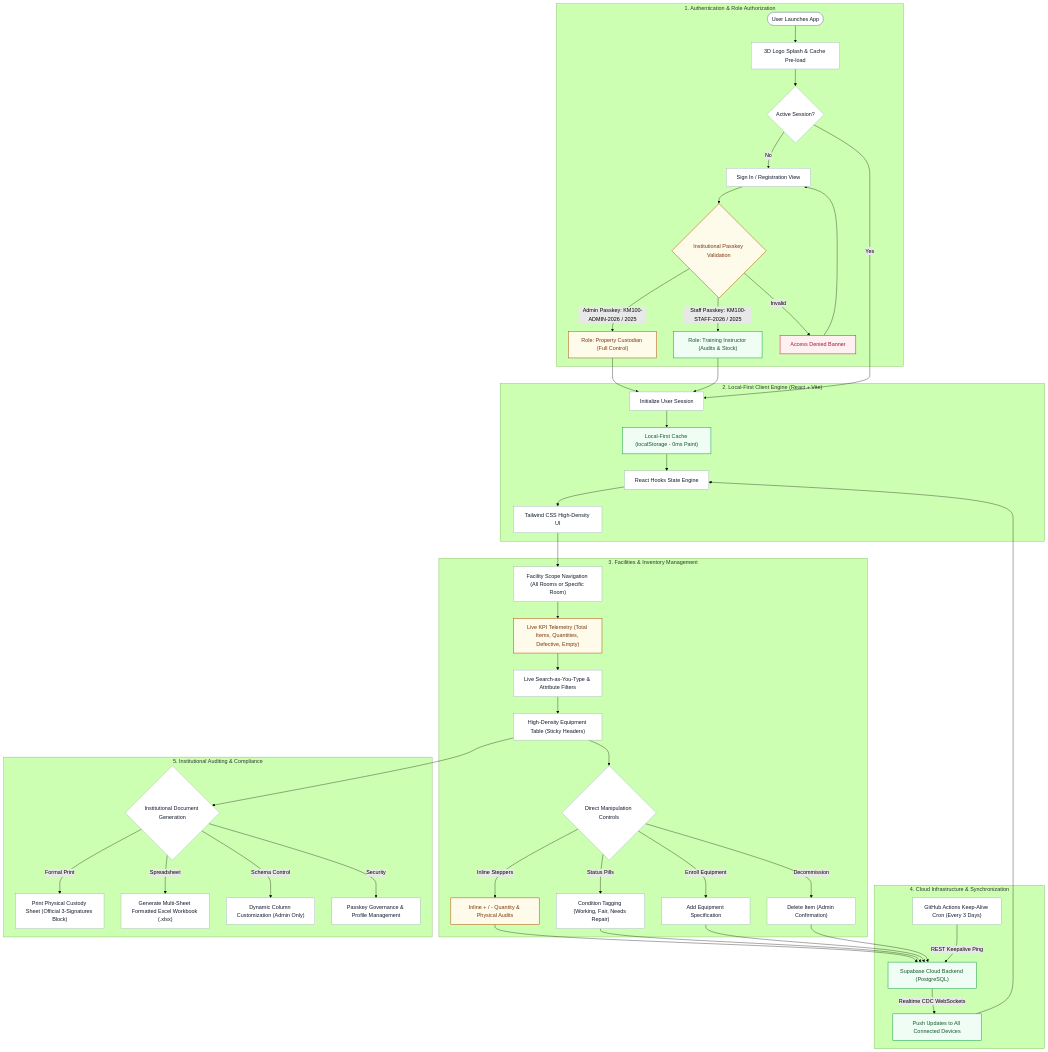
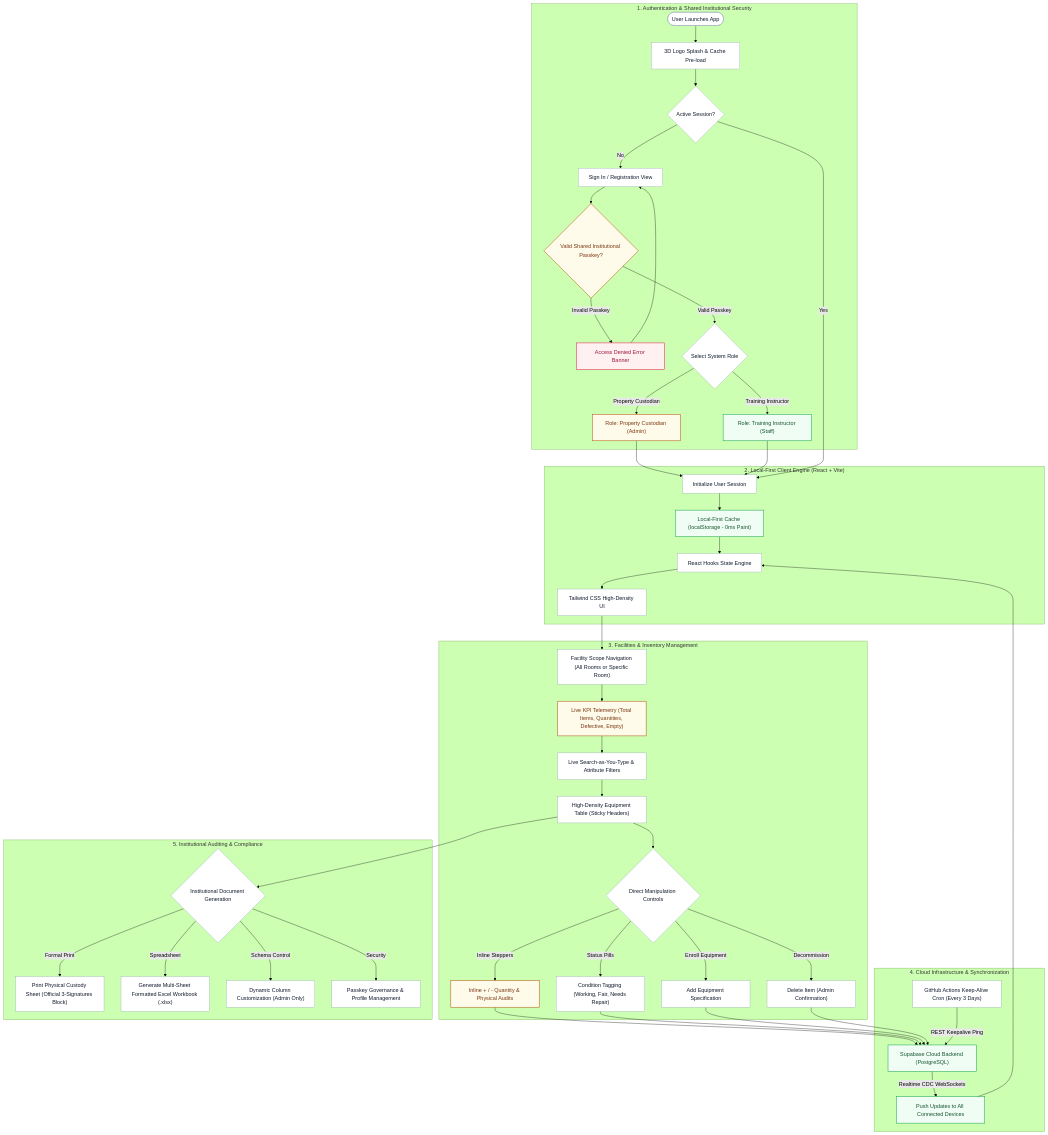
Before and after one commit to kai-zze/KM100-Stock: the first of 5 diagrams in docs/APP_FLOWCHART.md, drawn with Mermaid (forest theme). The commit also changed other lines of this file and 9 other files, not shown here.

Commit message:
docs: adapt flowcharts for bond paper layout and shared passkey architecture

````diff
--- a/docs/APP_FLOWCHART.md
+++ b/docs/APP_FLOWCHART.md
@@ -16,67 +20,68 @@
 ```mermaid
 flowchart TD
-    %% Section 1: Authentication & Authorization
-    subgraph AuthLayer["1. Authentication & Role Authorization"]
-        StartApp(["User Launches App"]) --> Splash["3D Logo Splash & Cache Pre-load"]
+    %% Section 1: Authentication & Shared Passkey
+    subgraph AuthLayer["1. Authentication & Shared Institutional Security"]
+        StartApp([User Launches App]) --> Splash["3D Logo Splash & Cache Pre-load"]
         Splash --> AuthState{"Active Session?"}
         AuthState -->|No| LoginModal["Sign In / Registration View"]
-        LoginModal --> PasskeyCheck{"Institutional Passkey Validation"}
-        PasskeyCheck -->|Admin Passkey: KM100-ADMIN-2026 / 2025| CustodianRole["Role: Property Custodian (Full Control)"]
-        PasskeyCheck -->|Staff Passkey: KM100-STAFF-2026 / 2025| InstructorRole["Role: Training Instructor (Audits & Stock)"]
-        PasskeyCheck -->|Invalid| RejectAuth["Access Denied Banner"]
+        LoginModal --> PasskeyCheck{"Valid Shared Institutional Passkey?"}
+        PasskeyCheck -->|Invalid Passkey| RejectAuth["Access Denied Error Banner"]
         RejectAuth --> LoginModal
+        PasskeyCheck -->|Valid Passkey| RoleChoice{"Select System Role"}
+        RoleChoice -->|Property Custodian| CustodianRole["Role: Property Custodian (Admin)"]
+        RoleChoice -->|Training Instructor| InstructorRole["Role: Training Instructor (Staff)"]
     end
 
     %% Section 2: Local-First Core Architecture
     subgraph ClientEngine["2. Local-First Client Engine (React + Vite)"]
         CustodianRole --> BootSession["Initialize User Session"]
         InstructorRole --> BootSession
         AuthState -->|Yes| BootSession
         BootSession --> LocalStore["Local-First Cache (localStorage - 0ms Paint)"]
         LocalStore --> ReactiveState["React Hooks State Engine"]
         ReactiveState --> UIRender["Tailwind CSS High-Density UI"]
     end
 
     %% Section 3: Inventory Lifecycle Operations
     subgraph OpsLayer["3. Facilities & Inventory Management"]
         UIRender --> FacilityNav["Facility Scope Navigation (All Rooms or Specific Room)"]
         FacilityNav --> KPIMetrics["Live KPI Telemetry (Total Items, Quantities, Defective, Empty)"]
         KPIMetrics --> SearchFilter["Live Search-as-You-Type & Attribute Filters"]
         SearchFilter --> TableGrid["High-Density Equipment Table (Sticky Headers)"]
 
         TableGrid --> DirectOps{"Direct Manipulation Controls"}
         DirectOps -->|Inline Steppers| StepperAdjust["Inline + / - Quantity & Physical Audits"]
         DirectOps -->|Status Pills| StatusUpdate["Condition Tagging (Working, Fair, Needs Repair)"]
         DirectOps -->|Enroll Equipment| EnrollModal["Add Equipment Specification"]
         DirectOps -->|Decommission| DeleteModal["Delete Item (Admin Confirmation)"]
     end
 
     %% Section 4: Cloud Persistence & Automation
     subgraph CloudLayer["4. Cloud Infrastructure & Synchronization"]
         StepperAdjust --> CloudSync["Supabase Cloud Backend (PostgreSQL)"]
         StatusUpdate --> CloudSync
         EnrollModal --> CloudSync
         DeleteModal --> CloudSync
         CloudSync -->|Realtime CDC WebSockets| RealtimeSync["Push Updates to All Connected Devices"]
         RealtimeSync --> ReactiveState
         GHA["GitHub Actions Keep-Alive Cron (Every 3 Days)"] -->|REST Keepalive Ping| CloudSync
     end
 
     %% Section 5: Institutional Governance & Reporting
     subgraph ReportingLayer["5. Institutional Auditing & Compliance"]
         TableGrid --> ExportReport{"Institutional Document Generation"}
         ExportReport -->|Formal Print| PrintSheet["Print Physical Custody Sheet (Official 3-Signatures Block)"]
         ExportReport -->|Spreadsheet| ExcelExport["Generate Multi-Sheet Formatted Excel Workbook (.xlsx)"]
         ExportReport -->|Schema Control| SchemaConfig["Dynamic Column Customization (Admin Only)"]
         ExportReport -->|Security| PasskeyMgmt["Passkey Governance & Profile Management"]
     end
 
     classDef default fill:#ffffff,stroke:#94a3b8,stroke-width:1px,color:#0f172a;
     classDef amber fill:#fffbeb,stroke:#b45309,stroke-width:1.5px,color:#78350f;
     classDef emerald fill:#f0fdf4,stroke:#16a34a,stroke-width:1.5px,color:#14532d;
     classDef rose fill:#fff1f2,stroke:#e11d48,stroke-width:1.5px,color:#9f1239;
 
     class CustodianRole,PasskeyCheck,StepperAdjust,KPIMetrics amber;
     class InstructorRole,CloudSync,RealtimeSync,LocalStore emerald;
     class RejectAuth rose;
 ```
````
